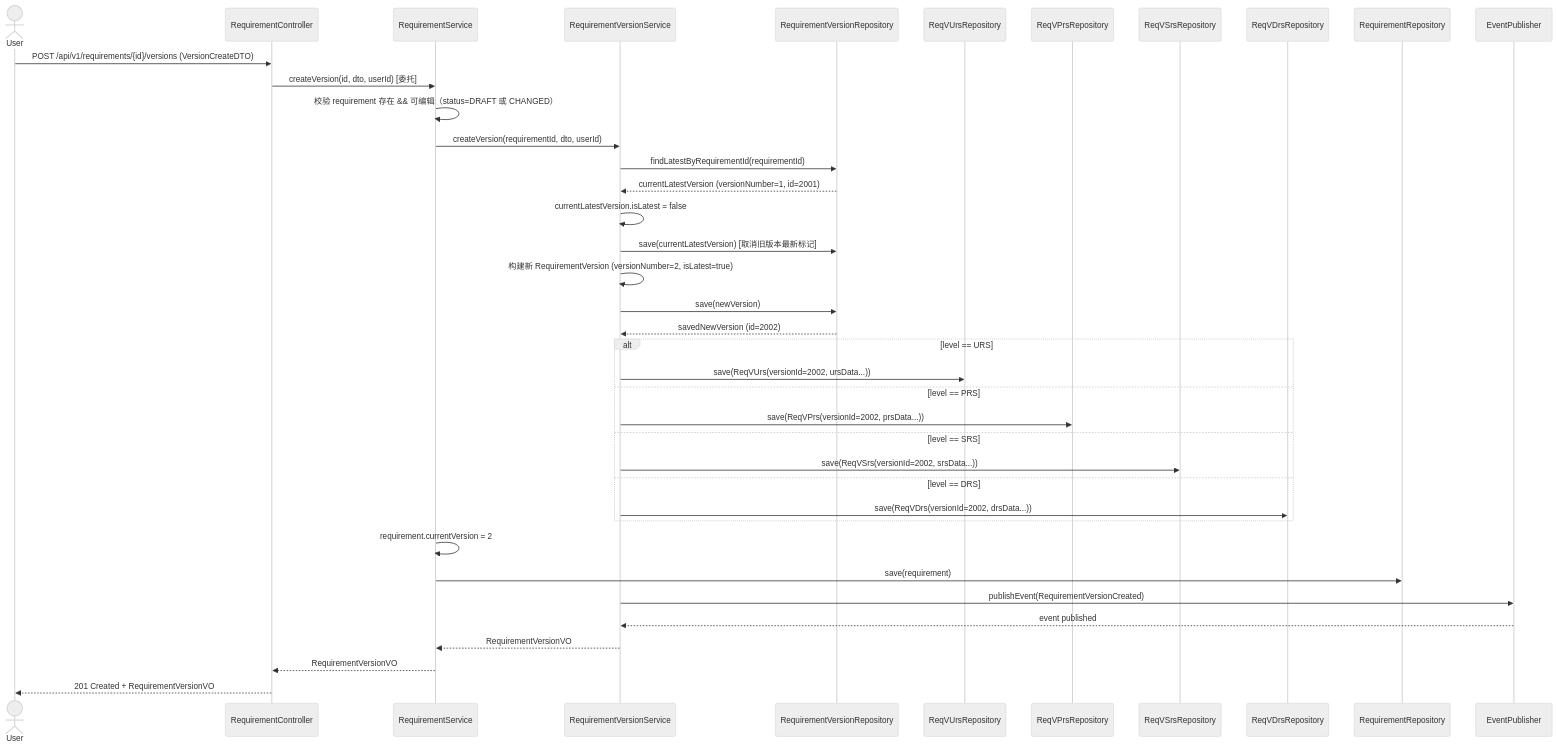
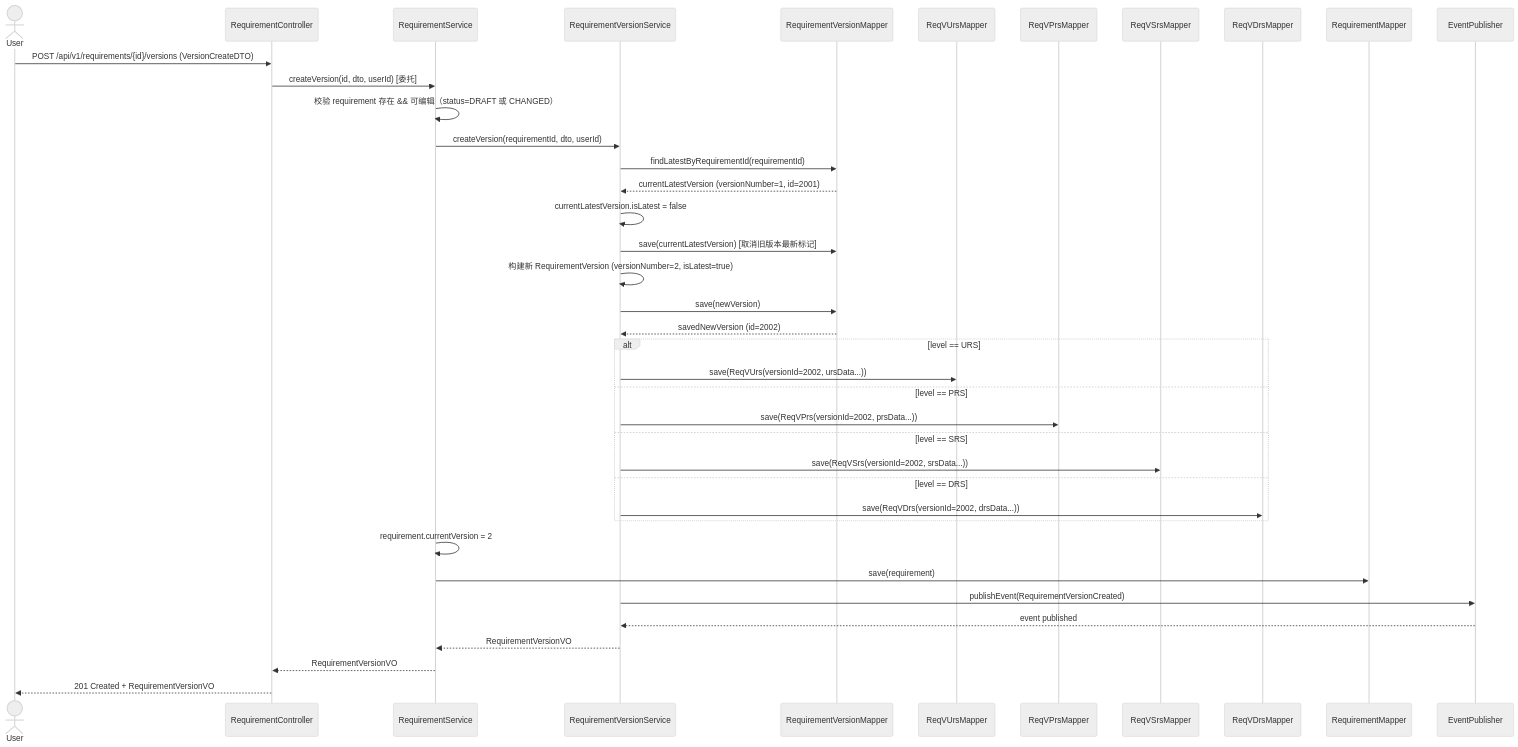
Before and after one commit to zhutao198/MED_RMS_PMS: the fourth of 6 diagrams in Detailed/01-详细设计/req-mgr-详细设计.md, drawn with Mermaid (neutral theme). The commit also changed other lines of this file and 2 other files, not shown here.

Commit message:
R112: 类图Repository转Mapper + 任务转化章节 + PrCorrection/RequirementPool

````diff
--- a/Detailed/01-详细设计/req-mgr-详细设计.md
+++ b/Detailed/01-详细设计/req-mgr-详细设计.md
@@ -881,49 +911,49 @@
 ```mermaid
 sequenceDiagram
     actor User
     participant RC as RequirementController
     participant RS as RequirementService
     participant RVS as RequirementVersionService
-    participant RVR as RequirementVersionRepository
-    participant UR as ReqVUrsRepository
-    participant PR as ReqVPrsRepository
-    participant SR as ReqVSrsRepository
-    participant DR as ReqVDrsRepository
-    participant RR as RequirementRepository
+    participant RVR as RequirementVersionMapper
+    participant UR as ReqVUrsMapper
+    participant PR as ReqVPrsMapper
+    participant SR as ReqVSrsMapper
+    participant DR as ReqVDrsMapper
+    participant RR as RequirementMapper
     participant EP as EventPublisher
 
     User->>RC: POST /api/v1/requirements/{id}/versions (VersionCreateDTO)
     RC->>RS: createVersion(id, dto, userId) [委托]
     RS->>RS: 校验 requirement 存在 && 可编辑（status=DRAFT 或 CHANGED）
     RS->>RVS: createVersion(requirementId, dto, userId)
 
     RVS->>RVR: findLatestByRequirementId(requirementId)
     RVR-->>RVS: currentLatestVersion (versionNumber=1, id=2001)
 
     RVS->>RVS: currentLatestVersion.isLatest = false
     RVS->>RVR: save(currentLatestVersion) [取消旧版本最新标记]
 
     RVS->>RVS: 构建新 RequirementVersion (versionNumber=2, isLatest=true)
     RVS->>RVR: save(newVersion)
     RVR-->>RVS: savedNewVersion (id=2002)
 
     alt level == URS
         RVS->>UR: save(ReqVUrs(versionId=2002, ursData...))
     else level == PRS
         RVS->>PR: save(ReqVPrs(versionId=2002, prsData...))
     else level == SRS
         RVS->>SR: save(ReqVSrs(versionId=2002, srsData...))
     else level == DRS
         RVS->>DR: save(ReqVDrs(versionId=2002, drsData...))
     end
 
     RS->>RS: requirement.currentVersion = 2
     RS->>RR: save(requirement)
 
     RVS->>EP: publishEvent(RequirementVersionCreated)
     EP-->>RVS: event published
 
     RVS-->>RS: RequirementVersionVO
     RS-->>RC: RequirementVersionVO
     RC-->>User: 201 Created + RequirementVersionVO
 ```
````
